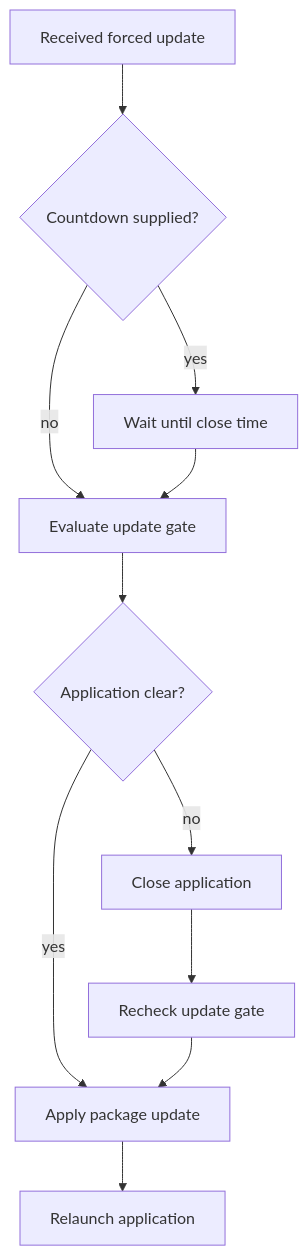
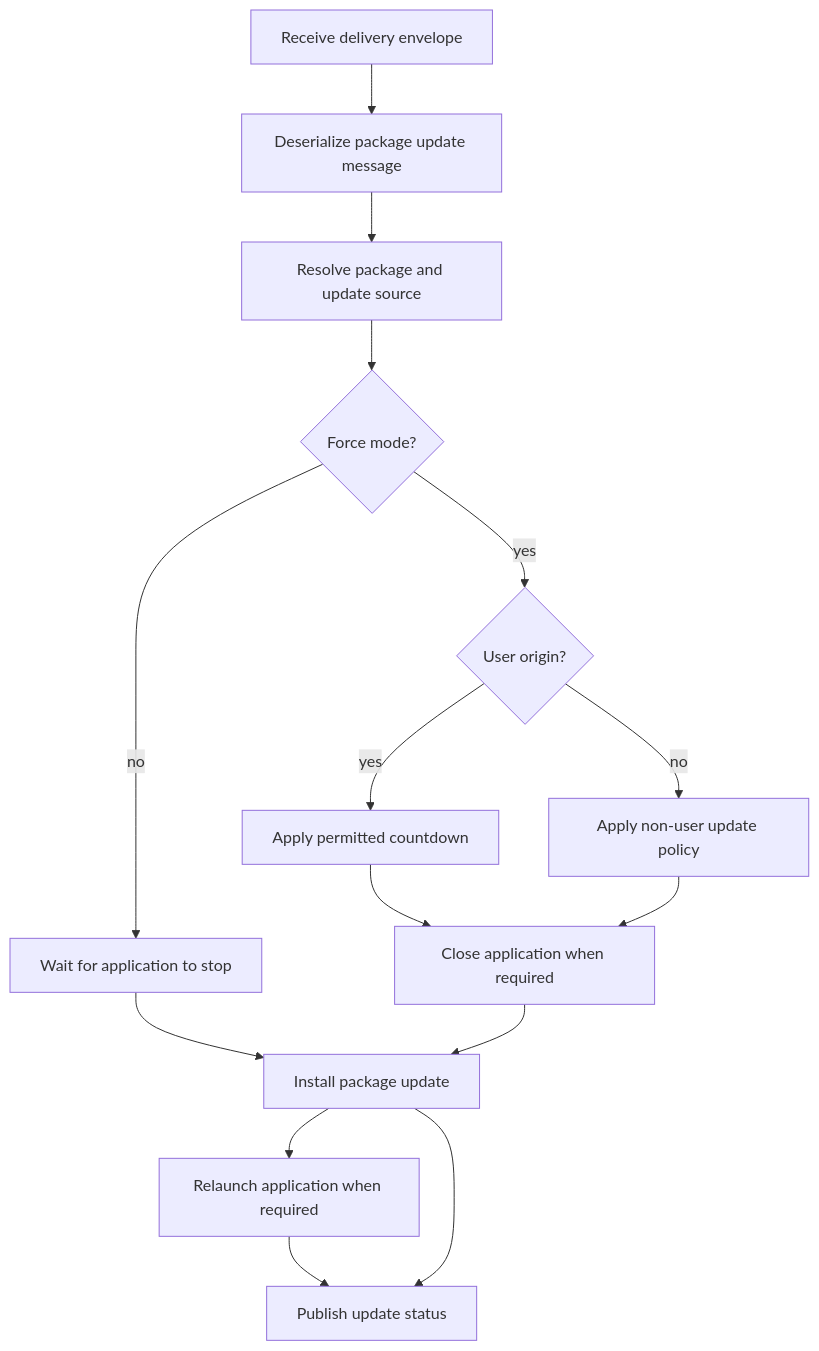
One commit to flamingo-stack/openframe-oss-tenant changed the second of 3 diagrams in docs/reference/architecture/openframe-client-core/model-package-update/model-package-update.md. Above: the diagram before and after it, drawn with Mermaid. The commit also changed other lines of this file and 2377 other files, not shown here.

````diff
--- a/docs/reference/architecture/openframe-client-core/model-package-update/model-package-update.md
+++ b/docs/reference/architecture/openframe-client-core/model-package-update/model-package-update.md
@@ -119,13 +111,17 @@
 ```mermaid
 flowchart TD
-    Received["Received forced update"] --> Countdown{"Countdown supplied?"}
-    Countdown -->|"yes"| Delay["Wait until close time"]
-    Countdown -->|"no"| Gate["Evaluate update gate"]
-    Delay --> Gate
-    Gate --> Decision{"Application clear?"}
-    Decision -->|"yes"| Install["Apply package update"]
-    Decision -->|"no"| Close["Close application"]
-    Close --> Recheck["Recheck update gate"]
-    Recheck --> Install
-    Install --> Relaunch["Relaunch application"]
+    Receive["Receive delivery envelope"] --> Decode["Deserialize package update message"]
+    Decode --> Validate["Resolve package and update source"]
+    Validate --> ModeCheck{"Force mode?"}
+    ModeCheck -->|"no"| Wait["Wait for application to stop"]
+    ModeCheck -->|"yes"| UserCheck{"User origin?"}
+    UserCheck -->|"yes"| Countdown["Apply permitted countdown"]
+    UserCheck -->|"no"| Policy["Apply non-user update policy"]
+    Countdown --> Close["Close application when required"]
+    Policy --> Close
+    Wait --> Install["Install package update"]
+    Close --> Install
+    Install --> Relaunch["Relaunch application when required"]
+    Relaunch --> Report["Publish update status"]
+    Install --> Report
 ```
````
